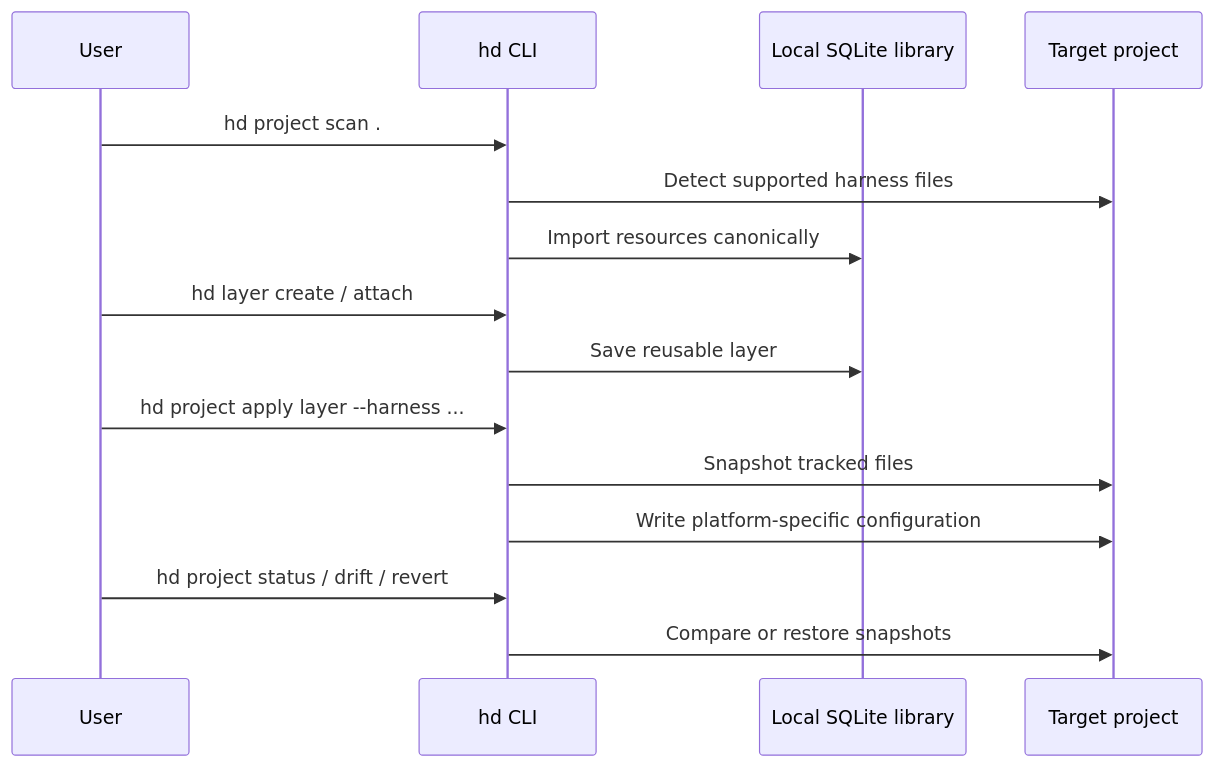
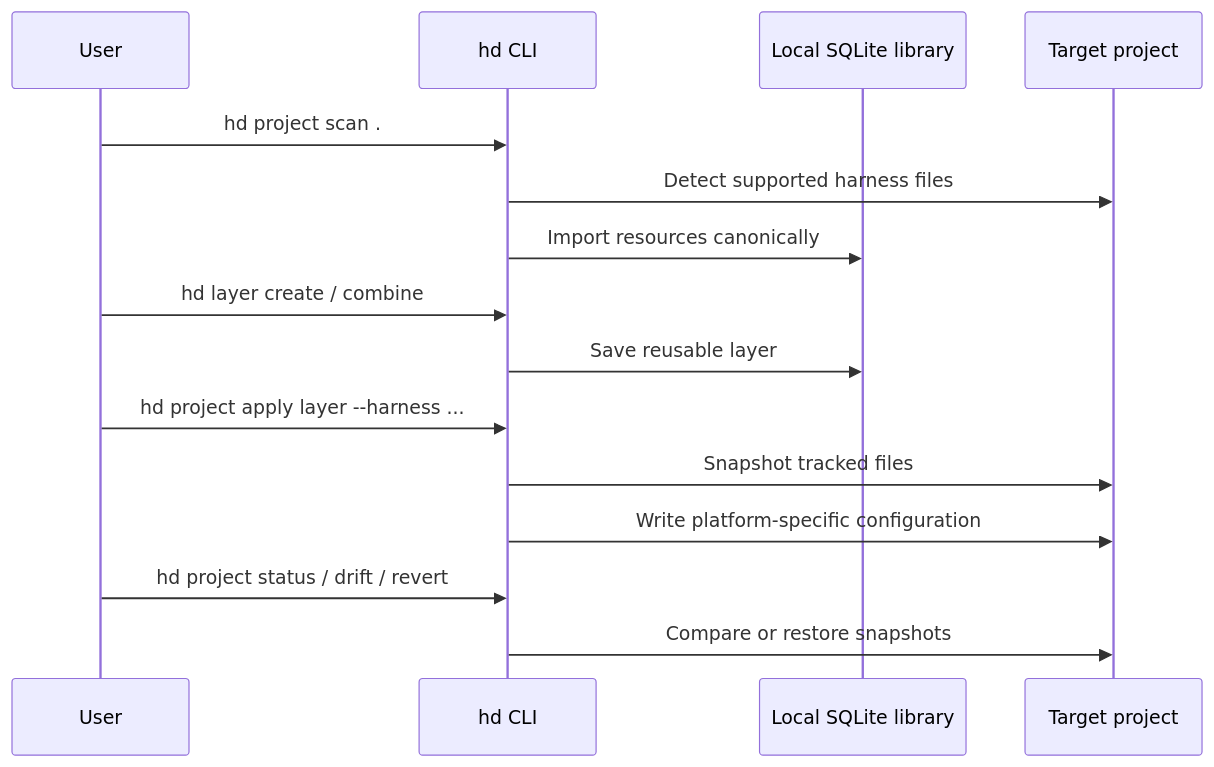
The second of 3 diagrams in README.md (harnesstap/harnesstap), drawn with Mermaid before and after one commit. The commit also changed other lines of this file and 22 other files, not shown here.

````diff
--- a/README.md
+++ b/README.md
@@ -251,18 +251,18 @@
 ```mermaid
 sequenceDiagram
   participant User
   participant CLI as hd CLI
   participant DB as Local SQLite library
   participant Project as Target project
 
   User->>CLI: hd project scan .
   CLI->>Project: Detect supported harness files
   CLI->>DB: Import resources canonically
-  User->>CLI: hd layer create / attach
+  User->>CLI: hd layer create / combine
   CLI->>DB: Save reusable layer
   User->>CLI: hd project apply layer --harness ...
   CLI->>Project: Snapshot tracked files
   CLI->>Project: Write platform-specific configuration
   User->>CLI: hd project status / drift / revert
   CLI->>Project: Compare or restore snapshots
 ```
````
